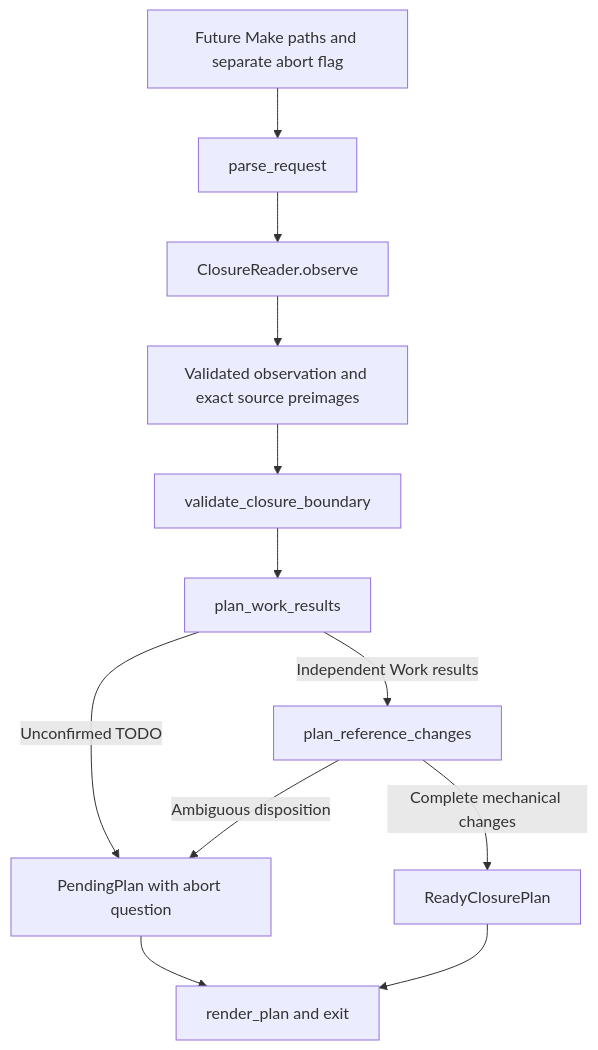
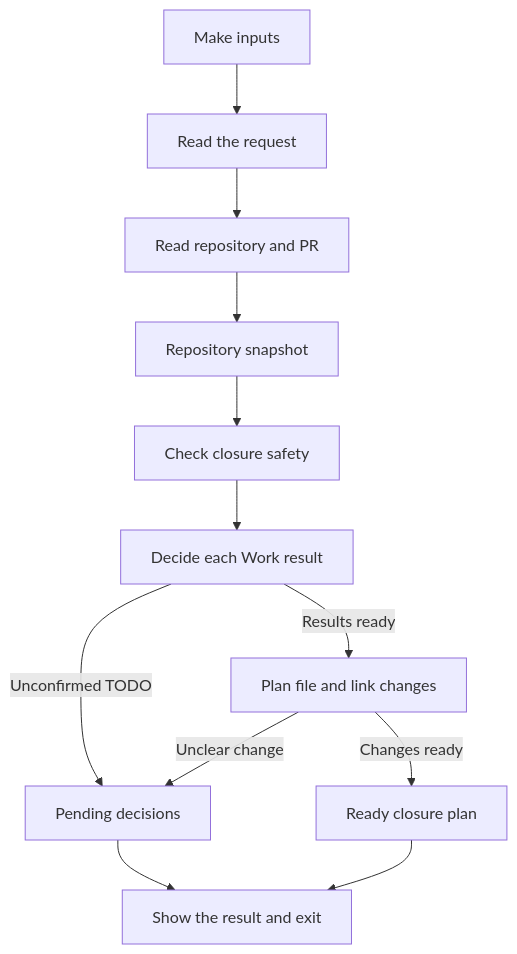
One commit to msitarz/ataraxia changed the diagram in doc/feat/post-merge-work-closure/command/typed-architecture.md. Above: the diagram before and after it, drawn with Mermaid. The commit also changed other lines of this file, not shown here.

Commit message:
docs: clarify typed architecture walkthrough

````diff
--- a/doc/feat/post-merge-work-closure/command/typed-architecture.md
+++ b/doc/feat/post-merge-work-closure/command/typed-architecture.md
@@ -24,14 +35,14 @@
 ```mermaid
 flowchart TD
-    M[Future Make paths and separate abort flag] --> I[parse_request]
-    I --> O[ClosureReader.observe]
-    O --> S[Validated observation and exact source preimages]
-    S --> V[validate_closure_boundary]
-    V --> W[plan_work_results]
-    W -->|Unconfirmed TODO| P[PendingPlan with abort question]
-    W -->|Independent Work results| R[plan_reference_changes]
-    R -->|Ambiguous disposition| P
-    R -->|Complete mechanical changes| C[ReadyClosurePlan]
-    P --> T[render_plan and exit]
+    M[Make inputs] --> I[Read the request]
+    I --> O[Read repository and PR]
+    O --> S[Repository snapshot]
+    S --> V[Check closure safety]
+    V --> W[Decide each Work result]
+    W -->|Unconfirmed TODO| P[Pending decisions]
+    W -->|Results ready| R[Plan file and link changes]
+    R -->|Unclear change| P
+    R -->|Changes ready| C[Ready closure plan]
+    P --> T[Show the result and exit]
     C --> T
 ```
````
